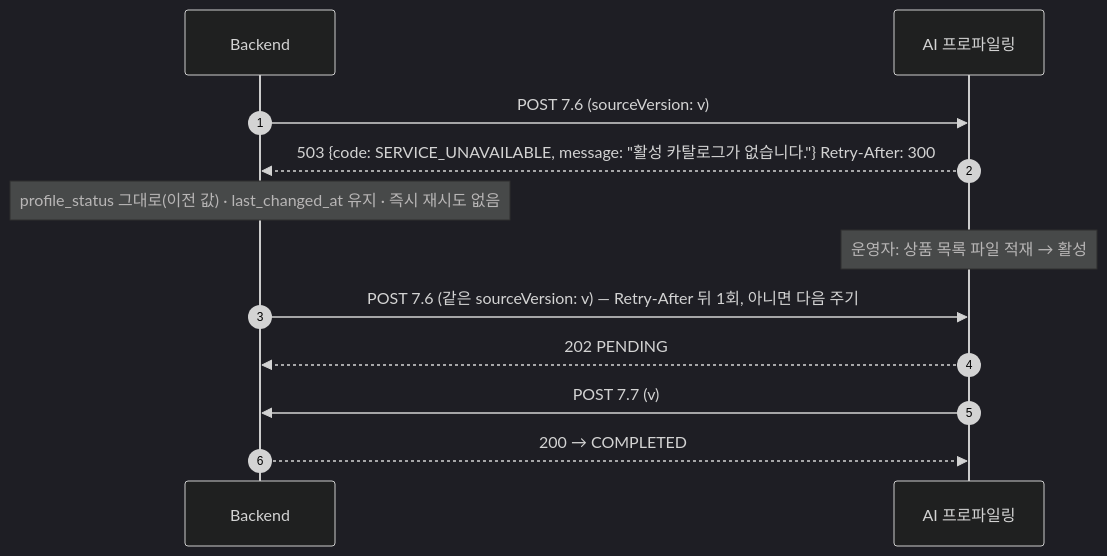
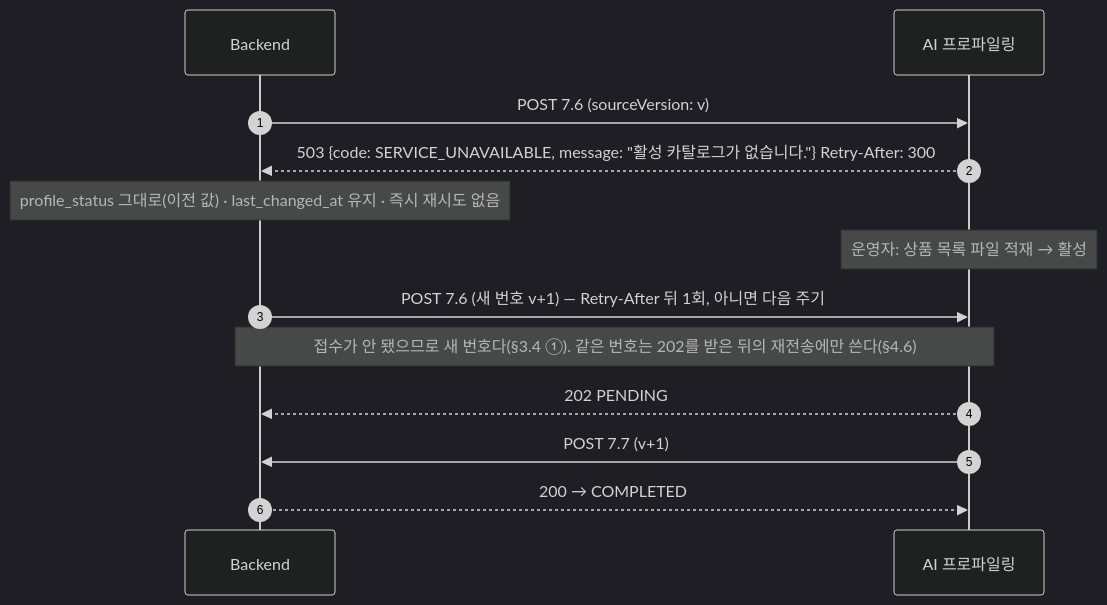
The second of 6 diagrams in profiling/docs/BE_연동_필드표_v1.md (100-hours-a-week/KTB4-12th-AI), drawn with Mermaid (dark theme) before and after one commit. The commit also changed other lines of this file and 4 other files, not shown here.

````diff
--- a/profiling/docs/BE_연동_필드표_v1.md
+++ b/profiling/docs/BE_연동_필드표_v1.md
@@ -305,14 +316,15 @@
 ```mermaid
 sequenceDiagram
   autonumber
   participant BE as Backend
   participant AI as AI 프로파일링
   BE->>AI: POST 7.6 (sourceVersion: v)
   AI-->>BE: 503 {code: SERVICE_UNAVAILABLE, message: "활성 카탈로그가 없습니다."}  Retry-After: 300
   Note over BE: profile_status 그대로(이전 값) · last_changed_at 유지 · 즉시 재시도 없음
   Note over AI: 운영자: 상품 목록 파일 적재 → 활성
-  BE->>AI: POST 7.6 (같은 sourceVersion: v) — Retry-After 뒤 1회, 아니면 다음 주기
+  BE->>AI: POST 7.6 (새 번호 v+1) — Retry-After 뒤 1회, 아니면 다음 주기
+  Note over BE,AI: 접수가 안 됐으므로 새 번호다(§3.4 ①). 같은 번호는 202를 받은 뒤의 재전송에만 쓴다(§4.6)
   AI-->>BE: 202 PENDING
-  AI->>BE: POST 7.7 (v)
+  AI->>BE: POST 7.7 (v+1)
   BE-->>AI: 200 → COMPLETED
 ```
````
